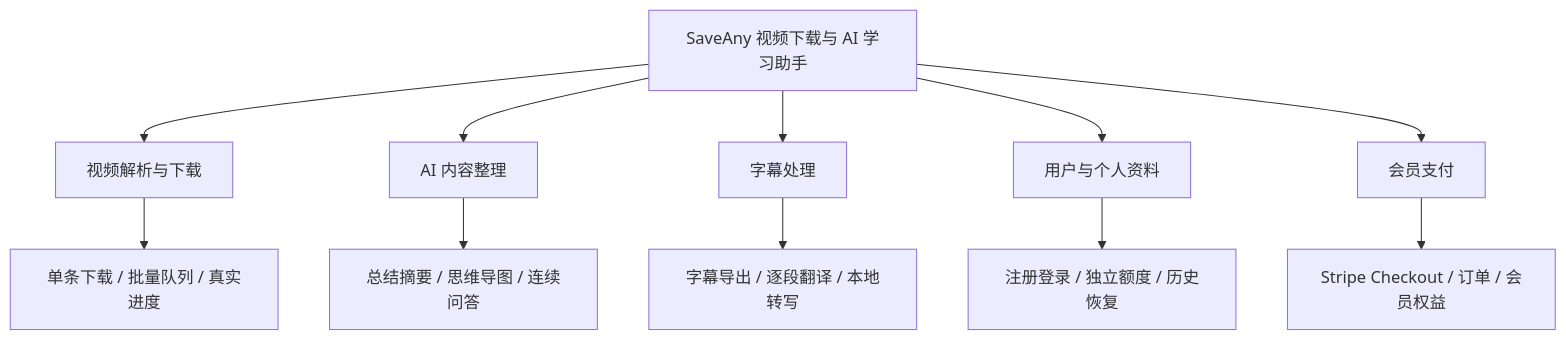
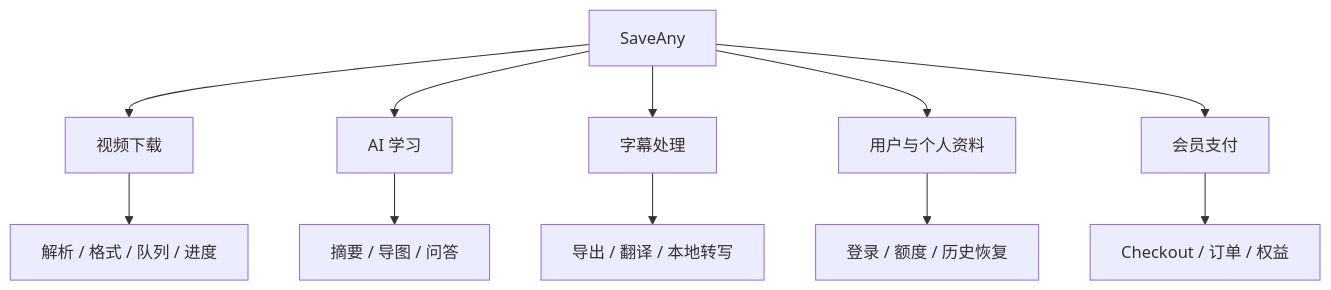
Before and after one commit to bylongjian/video-downloader: the first of 2 diagrams in README.md, drawn with Mermaid. The commit also changed other lines of this file and 8 other files, not shown here.

````diff
--- a/README.md
+++ b/README.md
@@ -127,13 +101,13 @@
 ```mermaid
 flowchart TD
-    A[SaveAny 视频下载与 AI 学习助手] --> B[视频解析与下载]
-    A --> C[AI 内容整理]
+    A[SaveAny] --> B[视频下载]
+    A --> C[AI 学习]
     A --> D[字幕处理]
     A --> E[用户与个人资料]
     A --> F[会员支付]
-    B --> B1[单条下载 / 批量队列 / 真实进度]
-    C --> C1[总结摘要 / 思维导图 / 连续问答]
-    D --> D1[字幕导出 / 逐段翻译 / 本地转写]
-    E --> E1[注册登录 / 独立额度 / 历史恢复]
-    F --> F1[Stripe Checkout / 订单 / 会员权益]
+    B --> B1[解析 / 格式 / 队列 / 进度]
+    C --> C1[摘要 / 导图 / 问答]
+    D --> D1[导出 / 翻译 / 本地转写]
+    E --> E1[登录 / 额度 / 历史恢复]
+    F --> F1[Checkout / 订单 / 权益]
 ```
````
